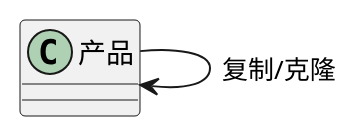
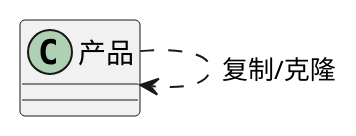
Before and after one commit to kco1989/examples: the diagram in src/main/java/com/kco/pattern/prototype/原形模式1.puml, drawn with PlantUML. The commit also changed 35 other files, not shown here.

```diff
--- a/src/main/java/com/kco/pattern/prototype/原形模式1.puml
+++ b/src/main/java/com/kco/pattern/prototype/原形模式1.puml
@@ -1,4 +1,4 @@
 @startuml
 class 产品
-产品 --> 产品 : 复制/克隆
+产品 ..> 产品 : 复制/克隆
 @enduml
```
